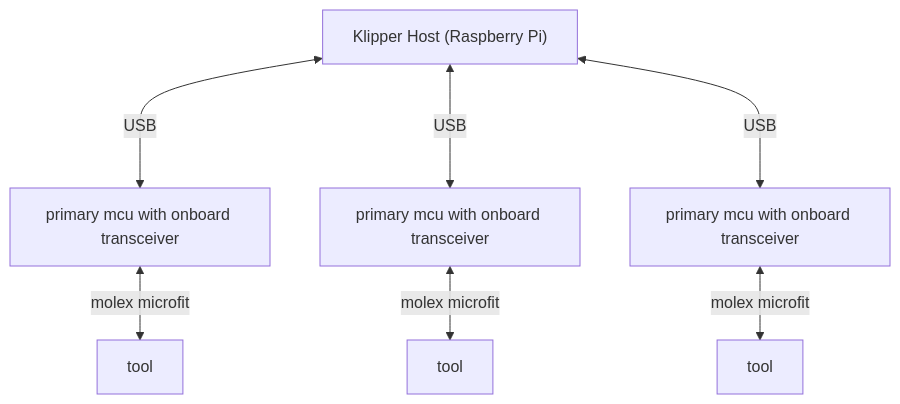
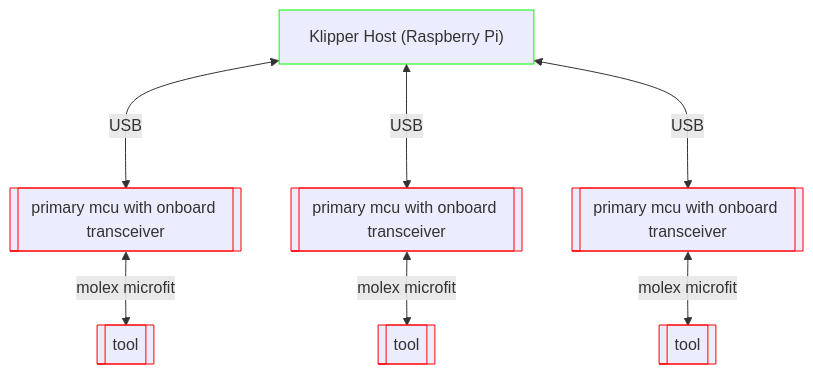
Before and after one commit to willpuckett/kb_can: the seventh of 9 diagrams in can.md, drawn with Mermaid. The commit also changed other lines of this file and 1 other file, not shown here.

````diff
--- a/can.md
+++ b/can.md
@@ -281,14 +322,18 @@
 ```mermaid
 graph TD;
-    sbc["Klipper Host (Raspberry Pi)"]
-    t0[tool]
-    t1[tool]
-    t2[tool]
-    primary0["primary mcu with onboard transceiver"]
-    primary1["primary mcu with onboard transceiver"]
-    primary2["primary mcu with onboard transceiver"]
+    classDef term stroke:#f00
+    classDef can stroke:#0f0
+    classDef nc stroke:#00f
+
+    sbc["Klipper Host (Raspberry Pi)"]:::can
+    t0[[tool]]:::term
+    t1[[tool]]:::term
+    t2[[tool]]:::term
+    primary0[["primary mcu with onboard transceiver"]]:::term
+    primary1[["primary mcu with onboard transceiver"]]:::term
+    primary2[["primary mcu with onboard transceiver"]]:::term
 
     sbc <--USB---> primary0 <--molex microfit--> t0 
     sbc <--USB---> primary1 <--molex microfit--> t1 
     sbc <--USB---> primary2 <--molex microfit--> t2 
 ```
````
